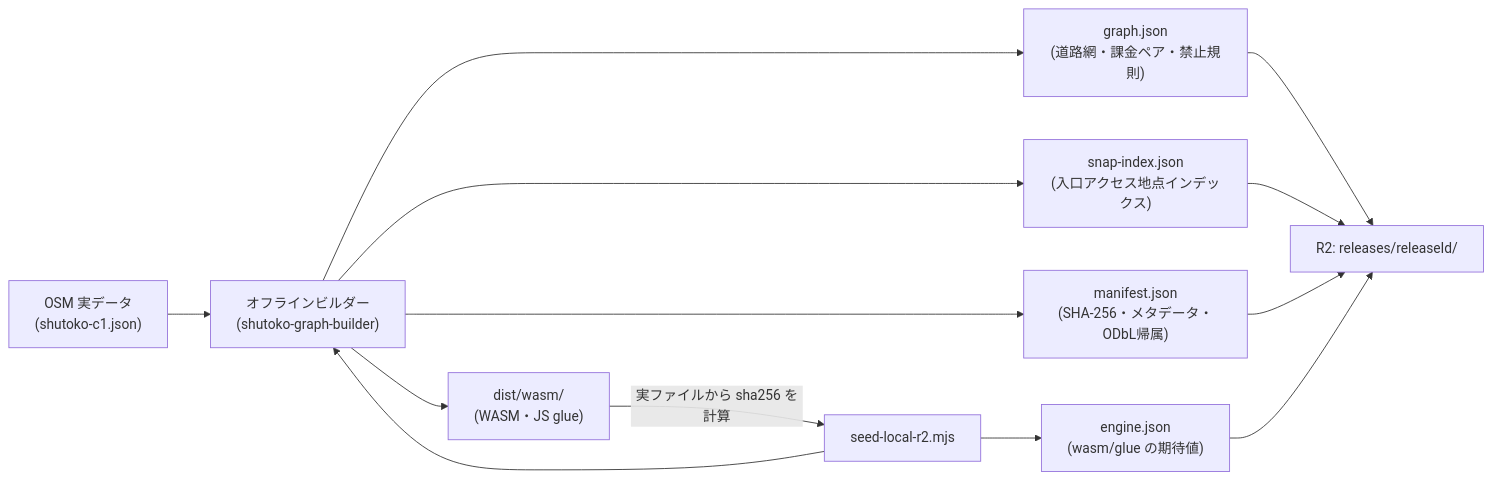
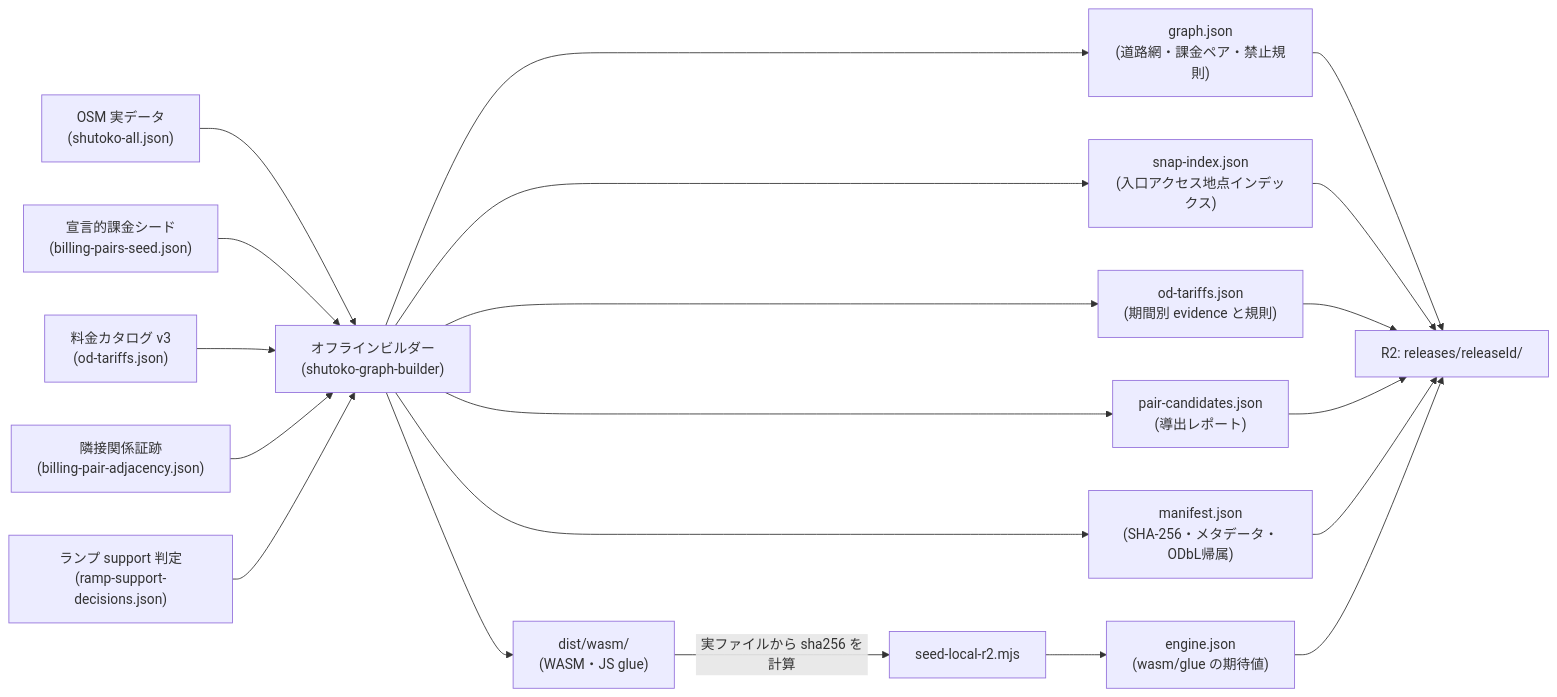
Before and after one commit to japan4415/shutoko-sim: the second of 2 diagrams in docs/architecture.md, drawn with Mermaid. The commit also changed other lines of this file and 8 other files, not shown here.

````diff
--- a/docs/architecture.md
+++ b/docs/architecture.md
@@ -32,15 +32,22 @@
 ```mermaid
 flowchart LR
-  OSM["OSM 実データ<br/>(shutoko-c1.json)"] --> GB["オフラインビルダー<br/>(shutoko-graph-builder)"]
+  OSM["OSM 実データ<br/>(shutoko-all.json)"] --> GB["オフラインビルダー<br/>(shutoko-graph-builder)"]
   SEED["宣言的課金シード<br/>(billing-pairs-seed.json)"] --> GB
+  TARIFF["料金カタログ v3<br/>(od-tariffs.json)"] --> GB
+  ADJ["隣接関係証跡<br/>(billing-pair-adjacency.json)"] --> GB
+  SUPPORT["ランプ support 判定<br/>(ramp-support-decisions.json)"] --> GB
   GB --> G["graph.json<br/>(道路網・課金ペア・禁止規則)"]
   GB --> S["snap-index.json<br/>(入口アクセス地点インデックス)"]
+  GB --> T["od-tariffs.json<br/>(期間別 evidence と規則)"]
+  GB --> C["pair-candidates.json<br/>(導出レポート)"]
   GB --> M["manifest.json<br/>(SHA-256・メタデータ・ODbL帰属)"]
   GB --> W["dist/wasm/<br/>(WASM・JS glue)"]
   G --> R2["R2: releases/releaseId/"]
   S --> R2
+  T --> R2
+  C --> R2
   M --> R2
-  W -->|"実ファイルから sha256 を計算"| SEED["seed-local-r2.mjs"]
-  SEED --> E["engine.json<br/>(wasm/glue の期待値)"]
+  W -->|"実ファイルから sha256 を計算"| SEEDSCRIPT["seed-local-r2.mjs"]
+  SEEDSCRIPT --> E["engine.json<br/>(wasm/glue の期待値)"]
   E --> R2
 ```
````
